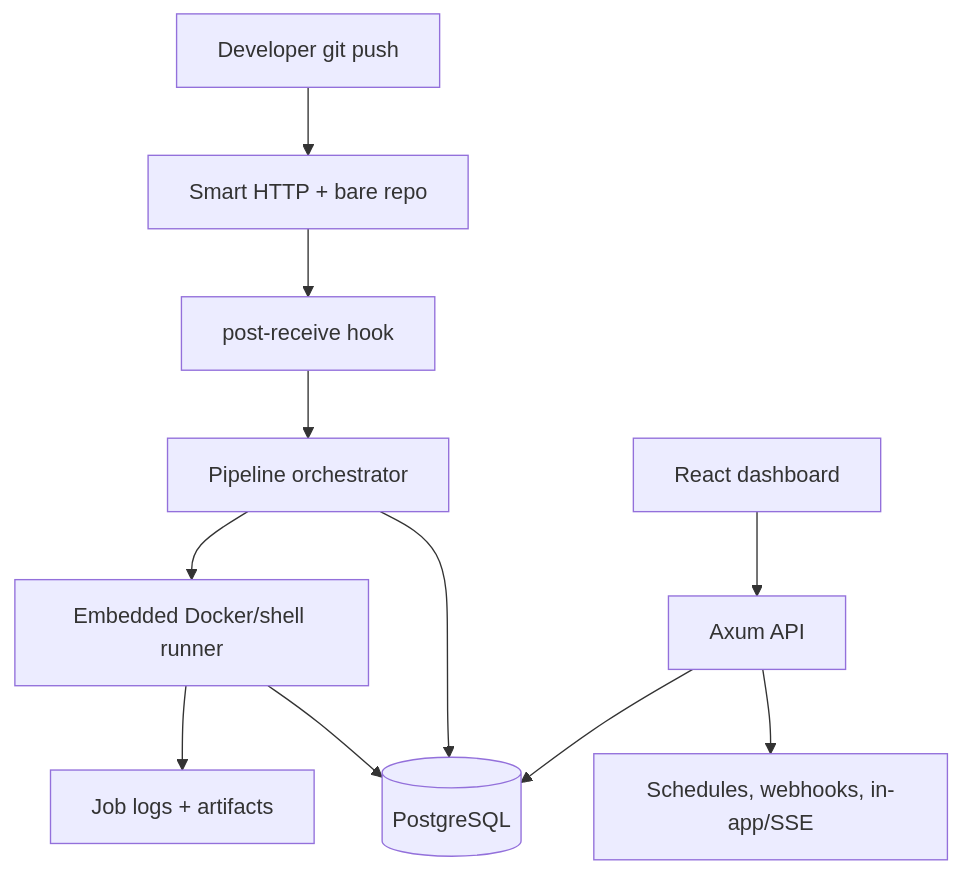
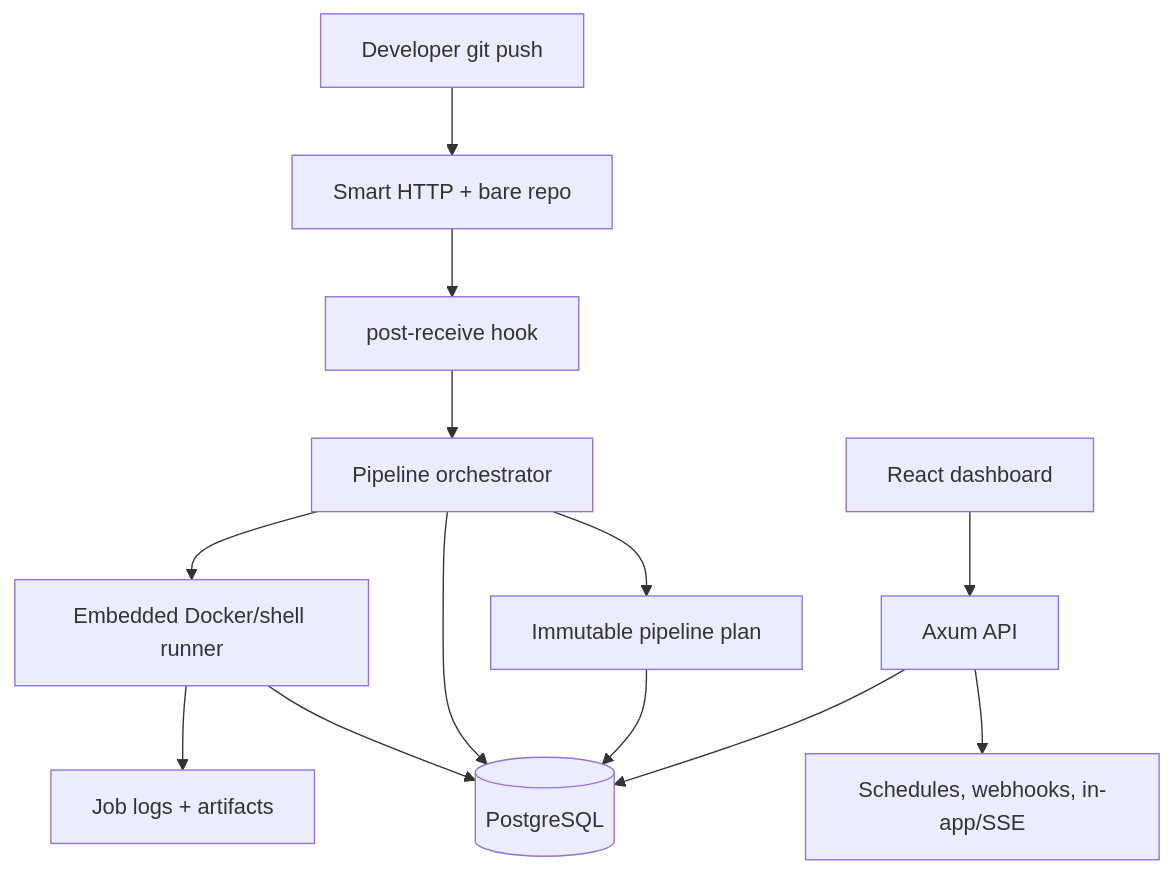
The diagram in README.md (FerrPOINT/CI-CD), drawn with Mermaid before and after one commit. The commit also changed other lines of this file and 26 other files, not shown here.

Commit message:
feat: add immutable pipeline plan snapshots

````diff
--- a/README.md
+++ b/README.md
@@ -127,13 +128,15 @@
 ```mermaid
 flowchart TD
     Dev[Developer git push] --> Git[Smart HTTP + bare repo]
     Git --> Hook[post-receive hook]
     Hook --> Pipe[Pipeline orchestrator]
+    Pipe --> Plan[Immutable pipeline plan]
     Pipe --> Runner[Embedded Docker/shell runner]
     Runner --> Logs[Job logs + artifacts]
     API[Axum API] --> DB[(PostgreSQL)]
     UI[React dashboard] --> API
+    Plan --> DB
     Pipe --> DB
     Runner --> DB
     API --> Notify[Schedules, webhooks, in-app/SSE]
 ```
````
